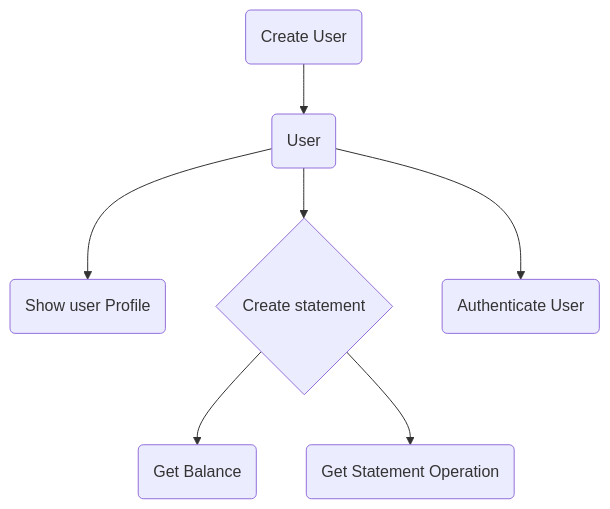
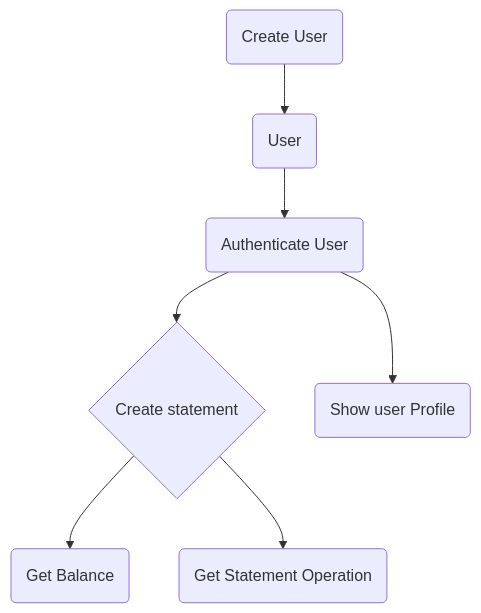
Before and after one commit to italomagno/testChallenge-Ignite: the diagram in README.md, drawn with Mermaid.

Commit message:
correct redame

````diff
--- a/README.md
+++ b/README.md
@@ -20,9 +20,9 @@
    ```mermaid
    graph TD;
     A(Create User)-->B(User);
-    B(User)-->C(Show user Profile);
-    B(User)-->E{Create statement}
     B(User)-->D(Authenticate User);
+    D(Authenticate User)-->E{Create statement};
+    D(Authenticate User)-->C(Show user Profile);
     E{Create statement}-->F(Get Balance);
     E{Create statement}-->G(Get Statement Operation);
   ```
````
